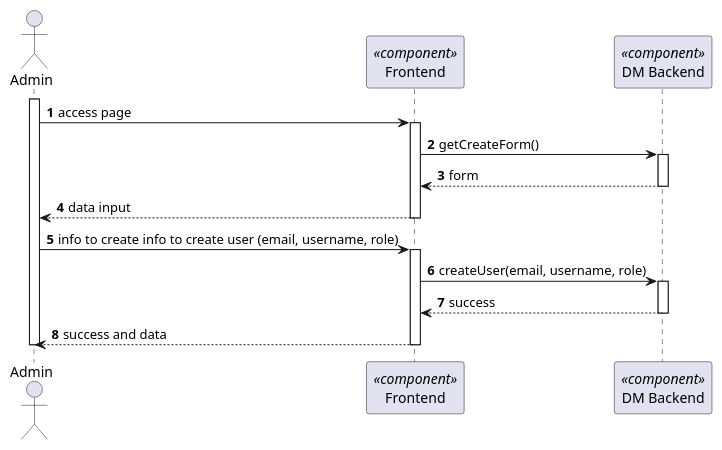
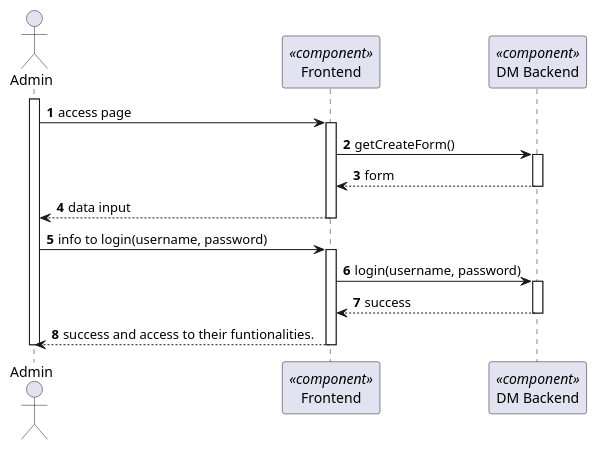
Before and after one commit to Ana-Miguel-Silva/SurgicalAppointmentAndResourceManagement: the diagram in docs/BackofficeModule/6.1.2/sequence-diagram-2.puml, drawn with PlantUML. The commit also changed 25 other files, not shown here.

```diff
--- a/docs/BackofficeModule/6.1.2/sequence-diagram-2.puml
+++ b/docs/BackofficeModule/6.1.2/sequence-diagram-2.puml
@@ -1,33 +1,33 @@
 @startuml 5.1.1
 skinparam packageStyle rectangle
 skinparam shadowing false
 
 autonumber
 
 actor "Admin" as AD
 participant "Frontend" as FE <<component>>
 participant "DM Backend" as BE <<component>>
 
 
 
 activate AD
 AD -> FE: access page
 activate FE
 FE -> BE: getCreateForm()
 activate BE
 BE --> FE: form
 deactivate BE
 FE --> AD : data input
 deactivate FE
-AD -> FE : info to create info to create user (email, username, role)
+AD -> FE : info to login(username, password)
 activate FE
-FE -> BE : createUser(email, username, role)
+FE -> BE : login(username, password)
 activate BE
 BE --> FE: success
 deactivate BE
-FE --> AD : success and data
+FE --> AD : success and access to their funtionalities.
 deactivate FE
 deactivate AD
 
 
 @enduml
```
